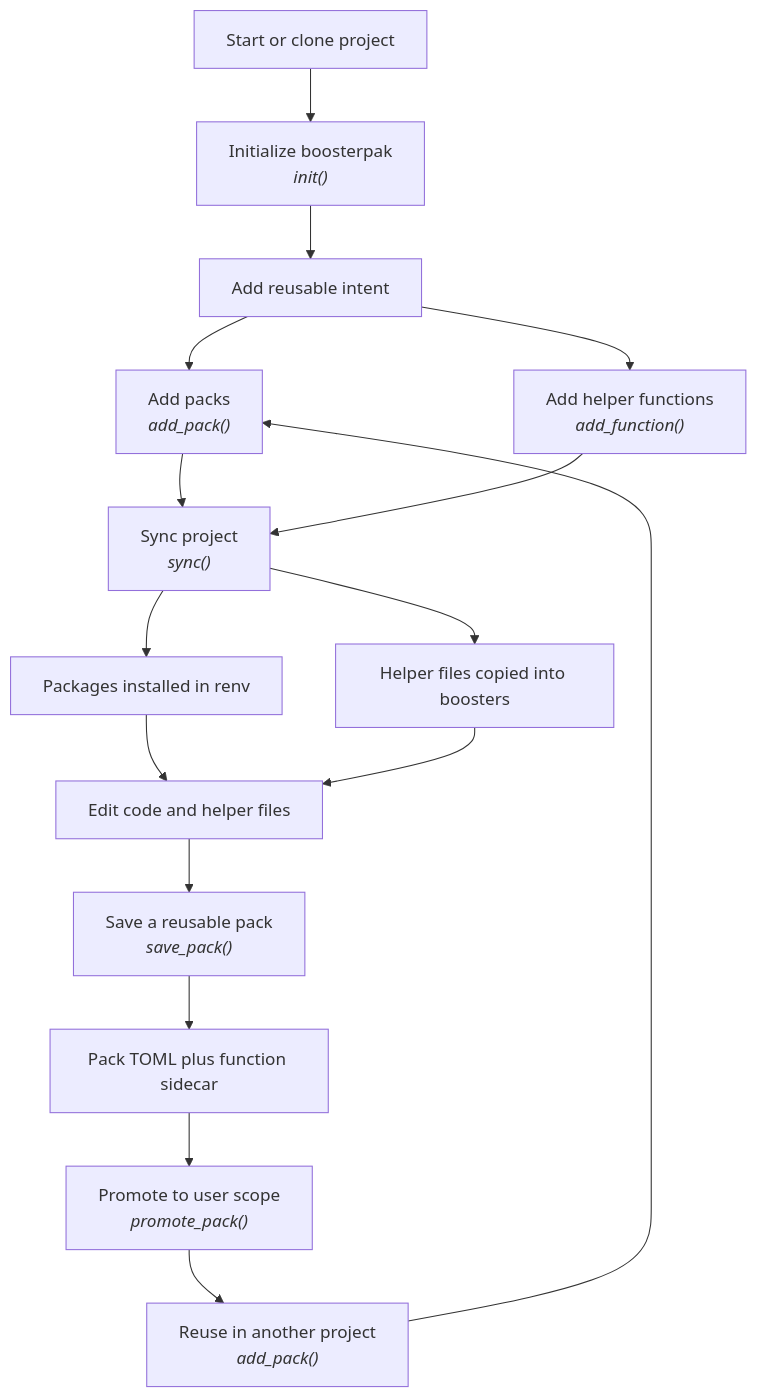
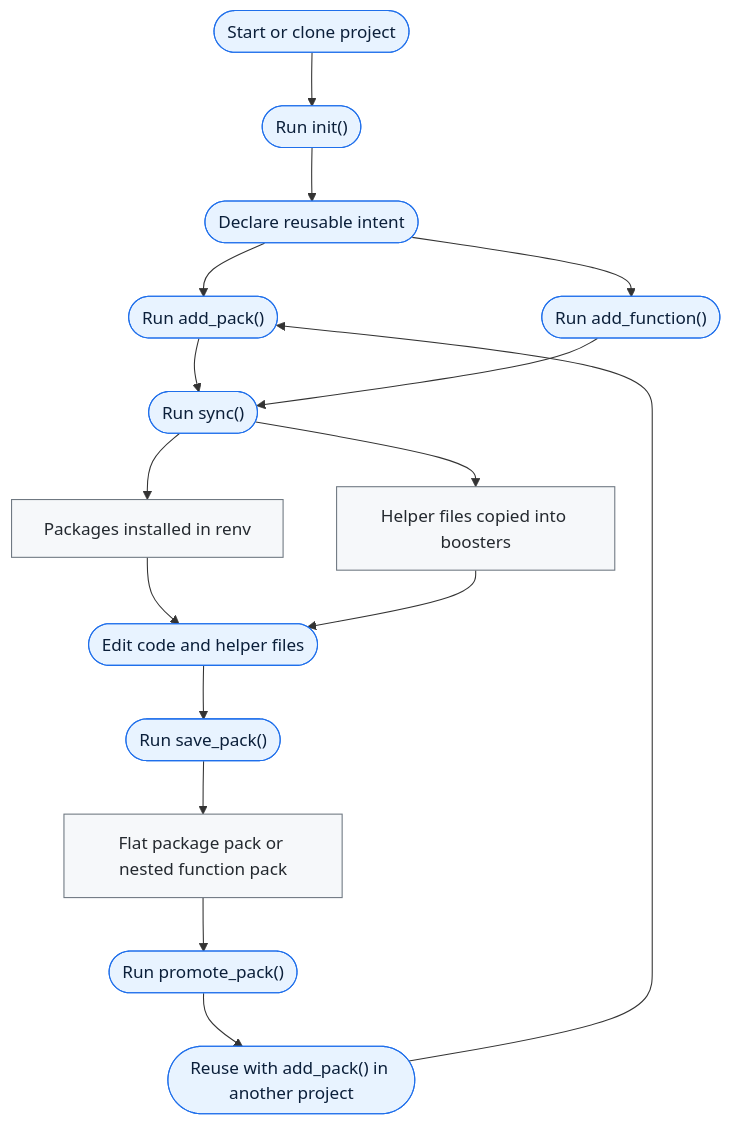
One commit to seanthimons/boosterpak changed the diagram in README.md. Above: the diagram before and after it, drawn with Mermaid. The commit also changed other lines of this file and 19 other files, not shown here.

````diff
--- a/README.md
+++ b/README.md
@@ -29,25 +35,23 @@
 ```mermaid
 flowchart TD
-  A[Start or clone project] --> B["Initialize boosterpak
-    <em>init()</em>"]
-  B --> C[Add reusable intent]
-  C --> D["Add packs
-    <em>add_pack()</em>"]
-  C --> E["Add helper functions
-    <em>add_function()</em>"]
-  D --> F["Sync project
-    <em>sync()</em>"]
+  A([Start or clone project]) --> B(["Run init()"])
+  B --> C([Declare reusable intent])
+  C --> D(["Run add_pack()"])
+  C --> E(["Run add_function()"])
+  D --> F(["Run sync()"])
   E --> F
   F --> G[Packages installed in renv]
   F --> H[Helper files copied into boosters]
-  G --> I[Edit code and helper files]
+  G --> I([Edit code and helper files])
   H --> I
-  I --> J["Save a reusable pack
-    <em>save_pack()</em>"]
-  J --> K[Pack TOML plus function sidecar]
-  K --> L["Promote to user scope
-    <em>promote_pack()</em>"]
-  L --> M["Reuse in another project
-    <em>add_pack()</em>"]
+  I --> J(["Run save_pack()"])
+  J --> K[Flat package pack or nested function pack]
+  K --> L(["Run promote_pack()"])
+  L --> M(["Reuse with add_pack() in another project"])
   M --> D
+
+  classDef userAction fill:#e8f3ff,stroke:#1f6feb,color:#0b1f3a;
+  classDef packageAction fill:#f6f8fa,stroke:#6e7781,color:#24292f;
+  class A,B,C,D,E,F,I,J,L,M userAction;
+  class G,H,K packageAction;
 ```
````
